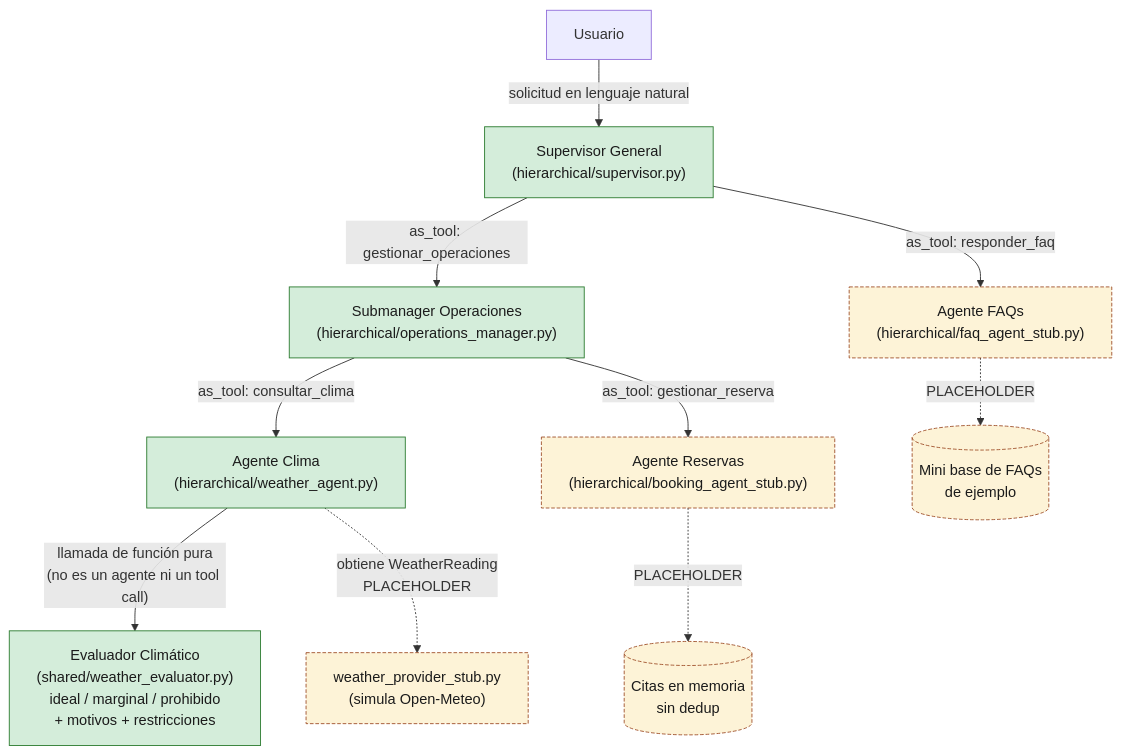
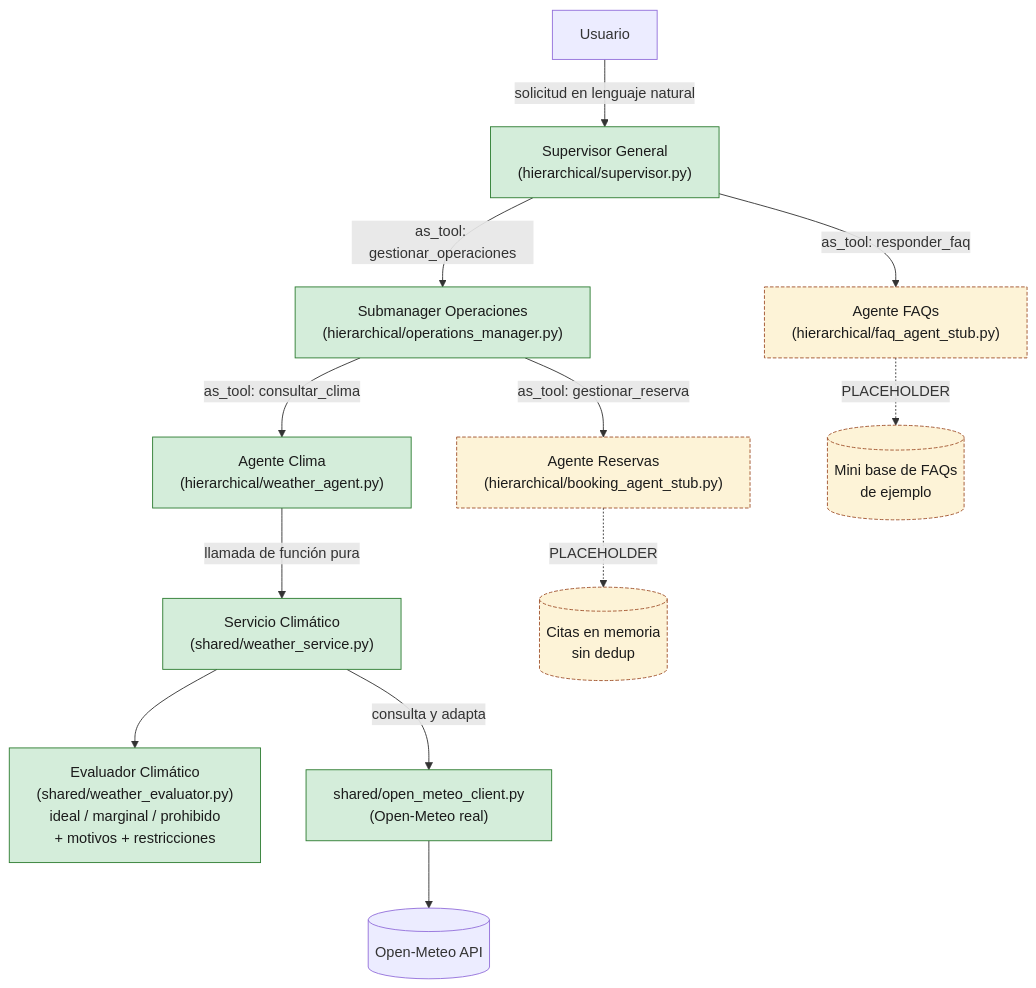
Before and after one commit to llAkihitoll/HT5-IA: the diagram in diagrams/hierarchical_architecture.md, drawn with Mermaid. The commit also changed other lines of this file and 15 other files, not shown here.

Commit message:
feat: agrega arquitectura centralizada y Open-Meteo

````diff
--- a/diagrams/hierarchical_architecture.md
+++ b/diagrams/hierarchical_architecture.md
@@ -10,22 +8,24 @@
 ```mermaid
 graph TD
     U["Usuario"] -->|"solicitud en lenguaje natural"| S["Supervisor General<br/>(hierarchical/supervisor.py)"]
 
     S -->|"as_tool: responder_faq"| F["Agente FAQs<br/>(hierarchical/faq_agent_stub.py)"]
     S -->|"as_tool: gestionar_operaciones"| OM["Submanager Operaciones<br/>(hierarchical/operations_manager.py)"]
 
     OM -->|"as_tool: consultar_clima"| WA["Agente Clima<br/>(hierarchical/weather_agent.py)"]
     OM -->|"as_tool: gestionar_reserva"| BA["Agente Reservas<br/>(hierarchical/booking_agent_stub.py)"]
 
-    WA -->|"llamada de función pura<br/>(no es un agente ni un tool call)"| EV["Evaluador Climático<br/>(shared/weather_evaluator.py)<br/>ideal / marginal / prohibido<br/>+ motivos + restricciones"]
-    WA -.->|"obtiene WeatherReading<br/>PLACEHOLDER"| WP["weather_provider_stub.py<br/>(simula Open-Meteo)"]
+    WA -->|"llamada de función pura"| WS["Servicio Climático<br/>(shared/weather_service.py)"]
+    WS --> EV["Evaluador Climático<br/>(shared/weather_evaluator.py)<br/>ideal / marginal / prohibido<br/>+ motivos + restricciones"]
+    WS -->|"consulta y adapta"| WP["shared/open_meteo_client.py<br/>(Open-Meteo real)"]
+    WP --> API[("Open-Meteo API")]
 
     F -.->|"PLACEHOLDER"| FKB[("Mini base de FAQs<br/>de ejemplo")]
     BA -.->|"PLACEHOLDER"| BKB[("Citas en memoria<br/>sin dedup")]
 
     classDef mine fill:#d4edda,stroke:#2e7d32,color:#1b1b1b;
     classDef stub fill:#fdf3d7,stroke:#a0522d,stroke-dasharray: 4 2,color:#1b1b1b;
 
-    class S,OM,WA,EV mine;
-    class F,BA,WP,FKB,BKB stub;
+    class S,OM,WA,WS,EV,WP mine;
+    class F,BA,FKB,BKB stub;
 ```
````
